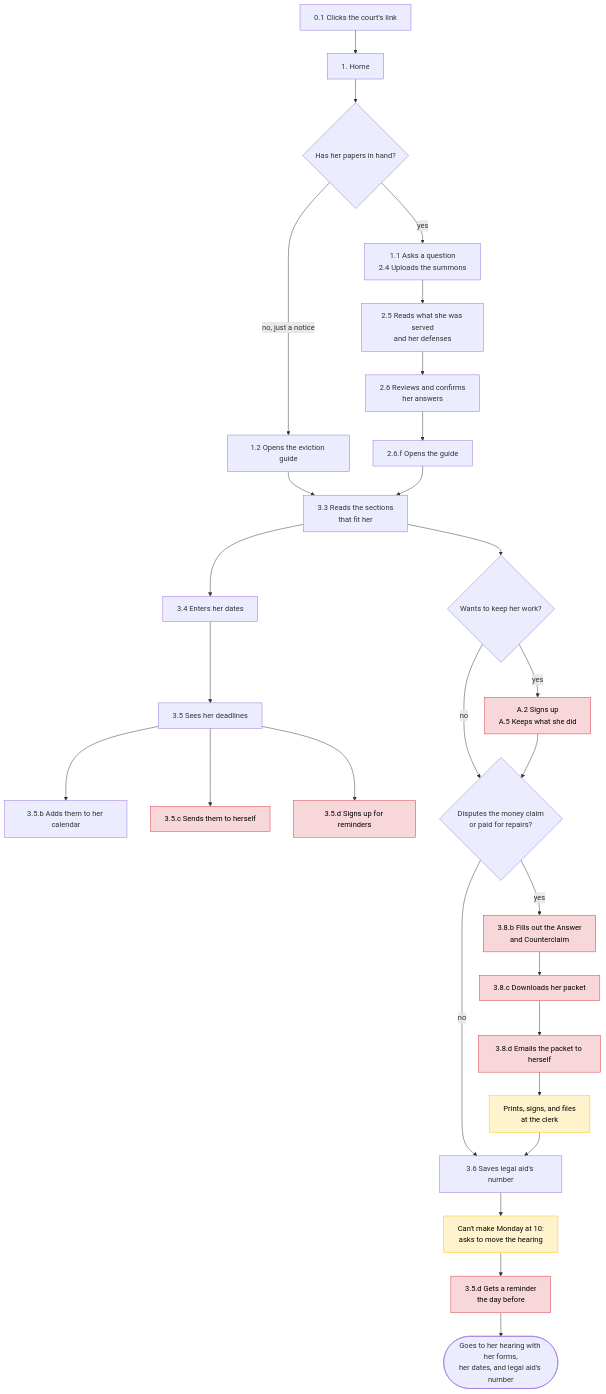
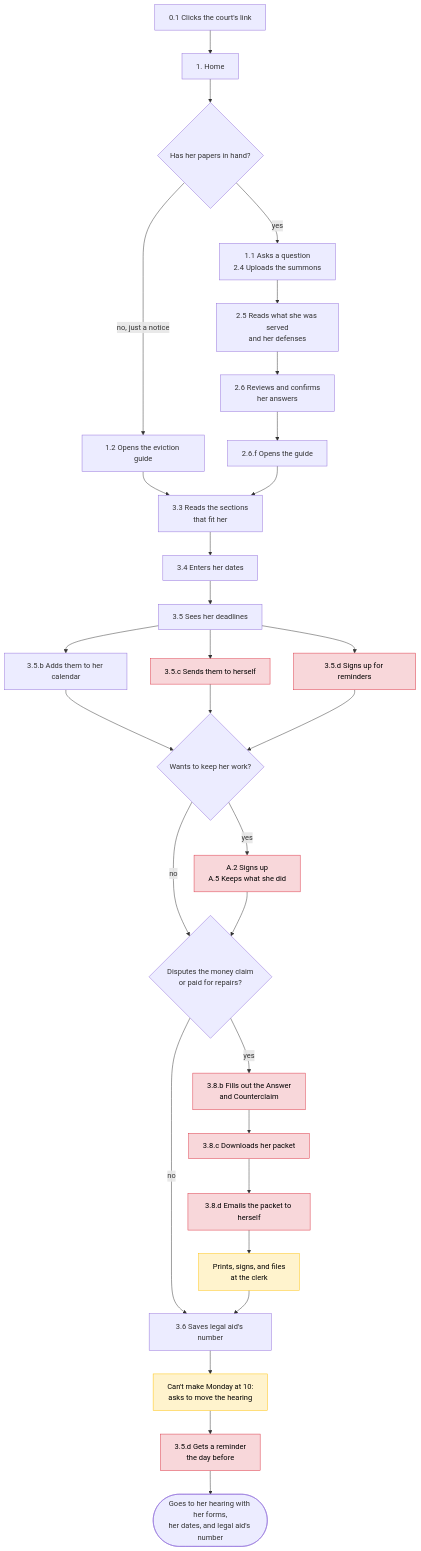
Before and after one commit to freelawproject/litigant-portal: the diagram in docs/action-inventories/eviction-tenant.md, drawn with Mermaid.

Commit message:
docs(action-inventories): rejoin the deadlines branch in Jane's flow
The calendar, send, and reminder steps dead-ended; they now lead into whether she keeps her work.

Refs #1196

````diff
--- a/docs/action-inventories/eviction-tenant.md
+++ b/docs/action-inventories/eviction-tenant.md
@@ -34,35 +34,37 @@
 ```mermaid
 flowchart TD
     A["0.1 Clicks the court's link"] --> B["1. Home"]
     B --> C{"Has her papers in hand?"}
     C -- "yes" --> D["1.1 Asks a question<br/>2.4 Uploads the summons"]
     C -- "no, just a notice" --> G["1.2 Opens the eviction guide"]
     D --> E["2.5 Reads what she was served<br/>and her defenses"]
     E --> F["2.6 Reviews and confirms<br/>her answers"]
     F --> G2["2.6.f Opens the guide"]
     G --> H["3.3 Reads the sections<br/>that fit her"]
     G2 --> H
     H --> I["3.4 Enters her dates"]
     I --> J["3.5 Sees her deadlines"]
     J --> K["3.5.b Adds them to her calendar"]
     J --> L["3.5.c Sends them to herself"]
     J --> M["3.5.d Signs up for reminders"]
-    H --> N{"Wants to keep her work?"}
+    K --> N{"Wants to keep her work?"}
+    L --> N
+    M --> N
     N -- "yes" --> O["A.2 Signs up<br/>A.5 Keeps what she did"]
     N -- "no" --> P
     O --> P{"Disputes the money claim<br/>or paid for repairs?"}
     P -- "yes" --> Q["3.8.b Fills out the Answer<br/>and Counterclaim"]
     Q --> R["3.8.c Downloads her packet"]
     R --> S["3.8.d Emails the packet to herself"]
     S --> T["Prints, signs, and files<br/>at the clerk"]
     P -- "no" --> U
     T --> U["3.6 Saves legal aid's number"]
     U --> V["Can't make Monday at 10:<br/>asks to move the hearing"]
     V --> W["3.5.d Gets a reminder<br/>the day before"]
     W --> X(["Goes to her hearing with her forms,<br/>her dates, and legal aid's number"])
 
     classDef gap fill:#f8d7da,stroke:#dc3545,color:#000
     classDef none fill:#fff3cd,stroke:#ffc107,color:#000
     class L,M,O,Q,R,S,W gap
     class T,V none
 ```
````
